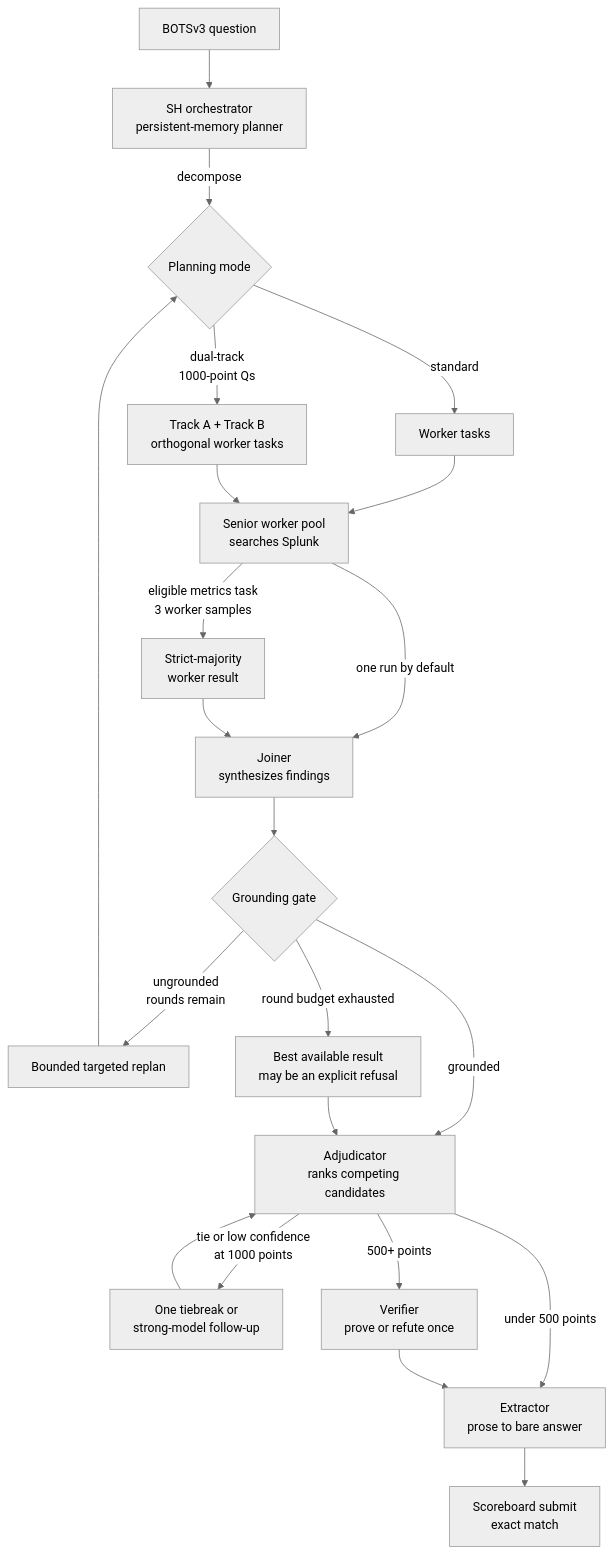
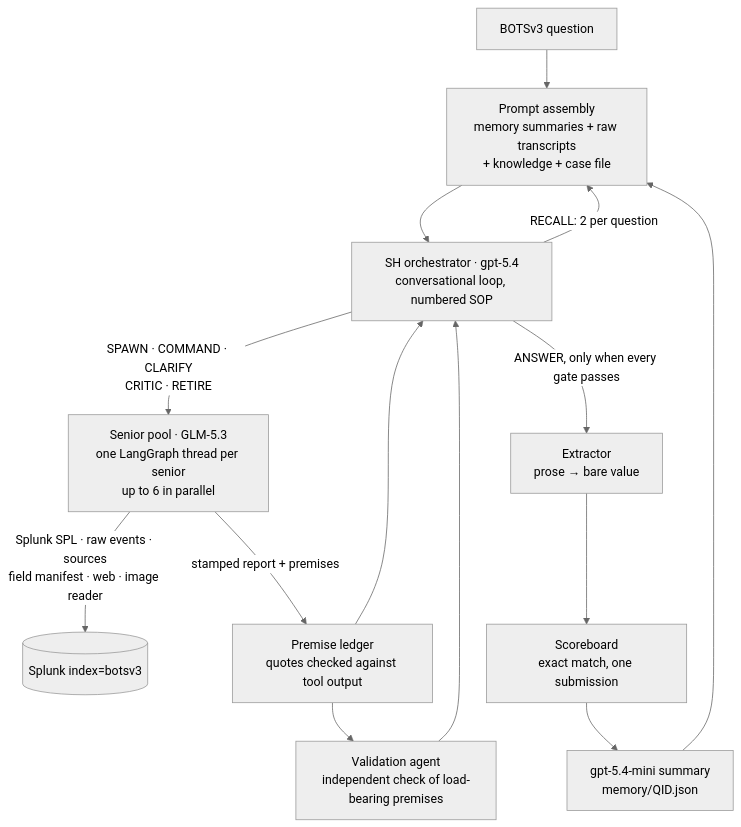
Before and after one commit to lee1613/SIEM-Automation: the diagram in README.md, drawn with Mermaid (neutral theme). The commit also changed other lines of this file and 668 other files, not shown here.

First line of the commit message:
docs(readme): v1.4.5 architecture, context management, resume, results; v1.5.0 plan and forecast

````diff
--- a/README.md
+++ b/README.md
@@ -39,24 +65,16 @@
 ```mermaid
 flowchart TD
-    Q[BOTSv3 question] --> SH[SH orchestrator<br/>persistent-memory planner]
-    SH -->|decompose| D{Planning mode}
-    D -->|standard| T[Worker tasks]
-    D -->|dual-track<br/>1000-point Qs| T2[Track A + Track B<br/>orthogonal worker tasks]
-    T --> W[Senior worker pool<br/>searches Splunk]
-    T2 --> W
-    W -->|one run by default| J[Joiner<br/>synthesizes findings]
-    W -->|eligible metrics task<br/>3 worker samples| M[Strict-majority<br/>worker result]
-    M --> J
-    J --> G{Grounding gate}
-    G -->|grounded| ADJ[Adjudicator<br/>ranks competing candidates]
-    G -->|ungrounded<br/>rounds remain| RP[Bounded targeted replan]
-    RP --> D
-    G -->|round budget exhausted| FB[Best available result<br/>may be an explicit refusal]
-    FB --> ADJ
-    ADJ -->|tie or low confidence<br/>at 1000 points| ESC[One tiebreak or<br/>strong-model follow-up]
-    ESC --> ADJ
-    ADJ -->|500+ points| V[Verifier<br/>prove or refute once]
-    ADJ -->|under 500 points| X[Extractor<br/>prose to bare answer]
-    V --> X
-    X --> S[Scoreboard submit<br/>exact match]
+    Q[BOTSv3 question] --> MEM[Prompt assembly<br/>memory summaries + raw transcripts<br/>+ knowledge + case file]
+    MEM --> SH[SH orchestrator · gpt-5.4<br/>conversational loop, numbered SOP]
+    SH -->|SPAWN · COMMAND · CLARIFY<br/>CRITIC · RETIRE| POOL[Senior pool · GLM-5.3<br/>one LangGraph thread per senior<br/>up to 6 in parallel]
+    POOL -->|Splunk SPL · raw events · sources<br/>field manifest · web · image reader| SPL[(Splunk index=botsv3)]
+    POOL -->|stamped report + premises| LED[Premise ledger<br/>quotes checked against tool output]
+    LED --> VAL[Validation agent<br/>independent check of load-bearing premises]
+    VAL --> SH
+    LED --> SH
+    SH -->|RECALL: 2 per question| MEM
+    SH -->|ANSWER, only when every gate passes| EX[Extractor<br/>prose → bare value]
+    EX --> SB[Scoreboard<br/>exact match, one submission]
+    SB --> SUMM[gpt-5.4-mini summary<br/>memory/QID.json]
+    SUMM --> MEM
 ```
````
